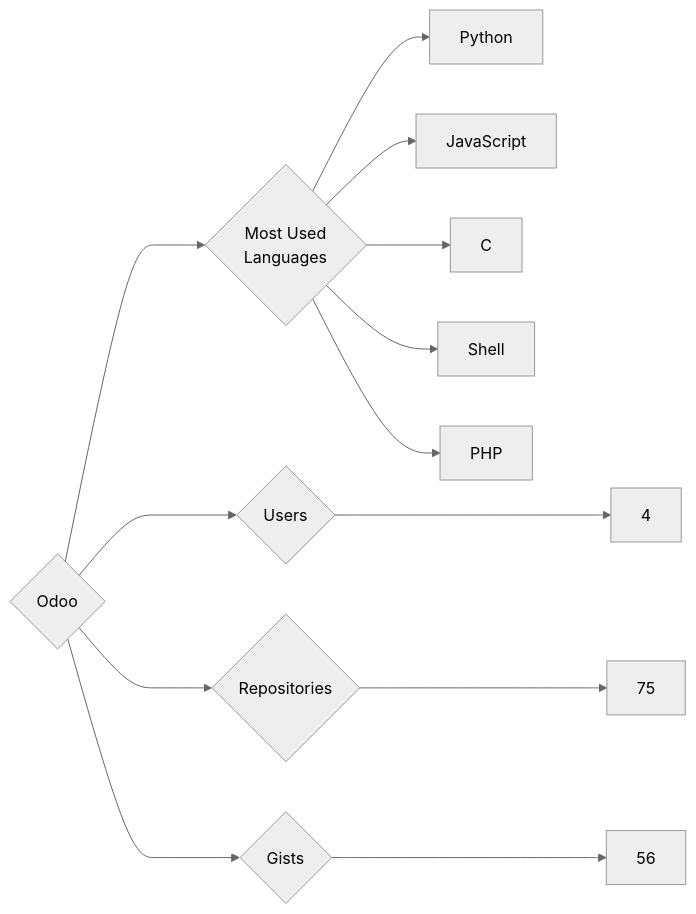
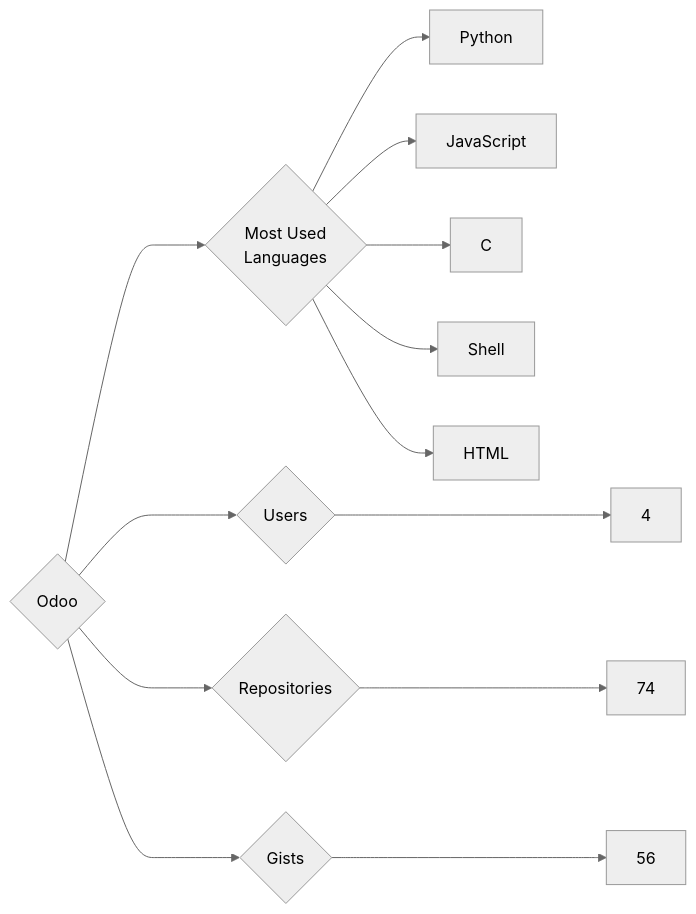
One commit to trickest/insiders changed the diagram in targets/Odoo/README.md. Above: the diagram before and after it, drawn with Mermaid (neutral theme). The commit also changed 799 other files, not shown here.

````diff
--- a/targets/Odoo/README.md
+++ b/targets/Odoo/README.md
@@ -3,13 +3,13 @@
 ```mermaid
 graph LR
 COMPANY_NAME{Odoo}
 COMPANY_NAME ---> U{Users} ---> UN[4]
-COMPANY_NAME ---> R{Repositories} ---> RN[75]
+COMPANY_NAME ---> R{Repositories} ---> RN[74]
 COMPANY_NAME ---> G{Gists} ---> GN[56]
 COMPANY_NAME ---> ML{Most Used<br>Languages}
 ML --> Python[Python]
 ML --> JavaScript[JavaScript]
 ML --> C[C]
 ML --> Shell[Shell]
-ML --> PHP[PHP]
+ML --> HTML[HTML]
 ```
````
